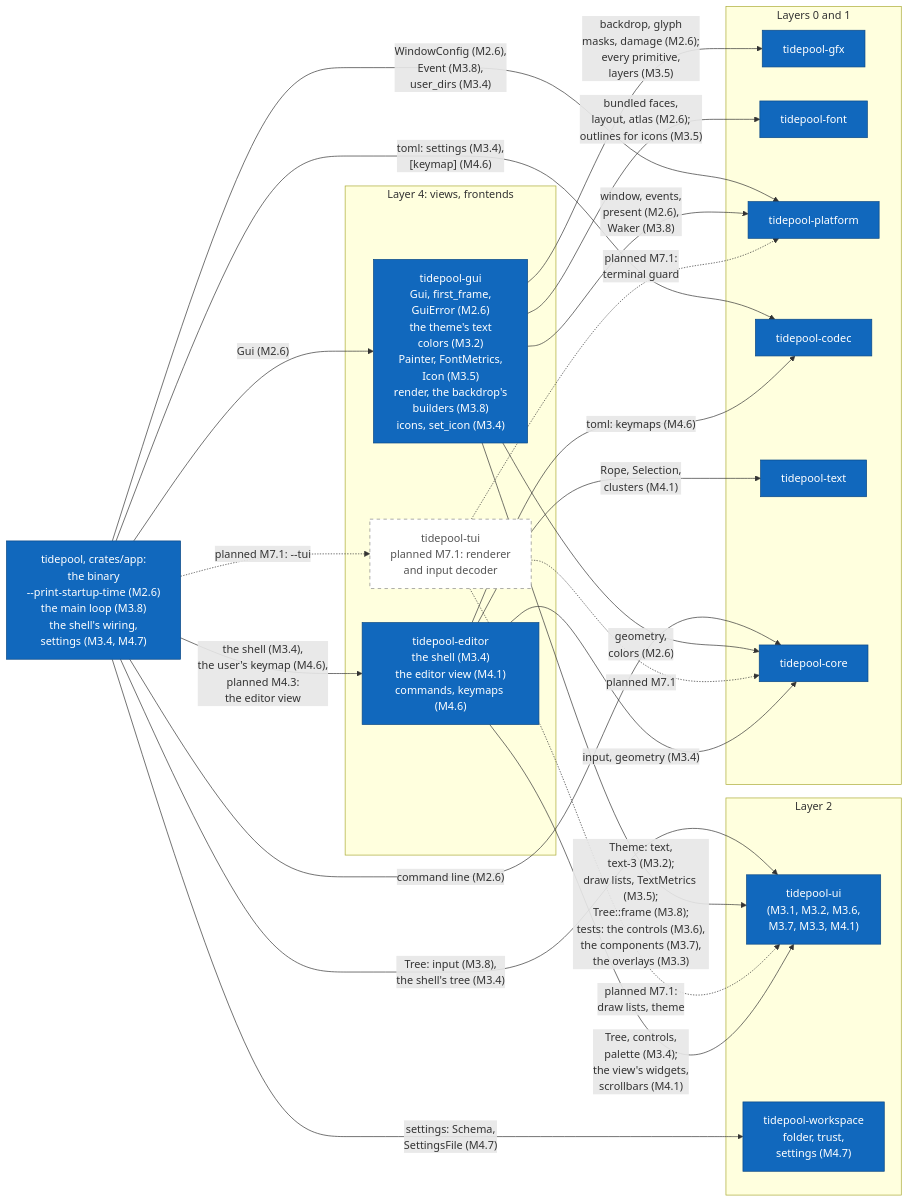
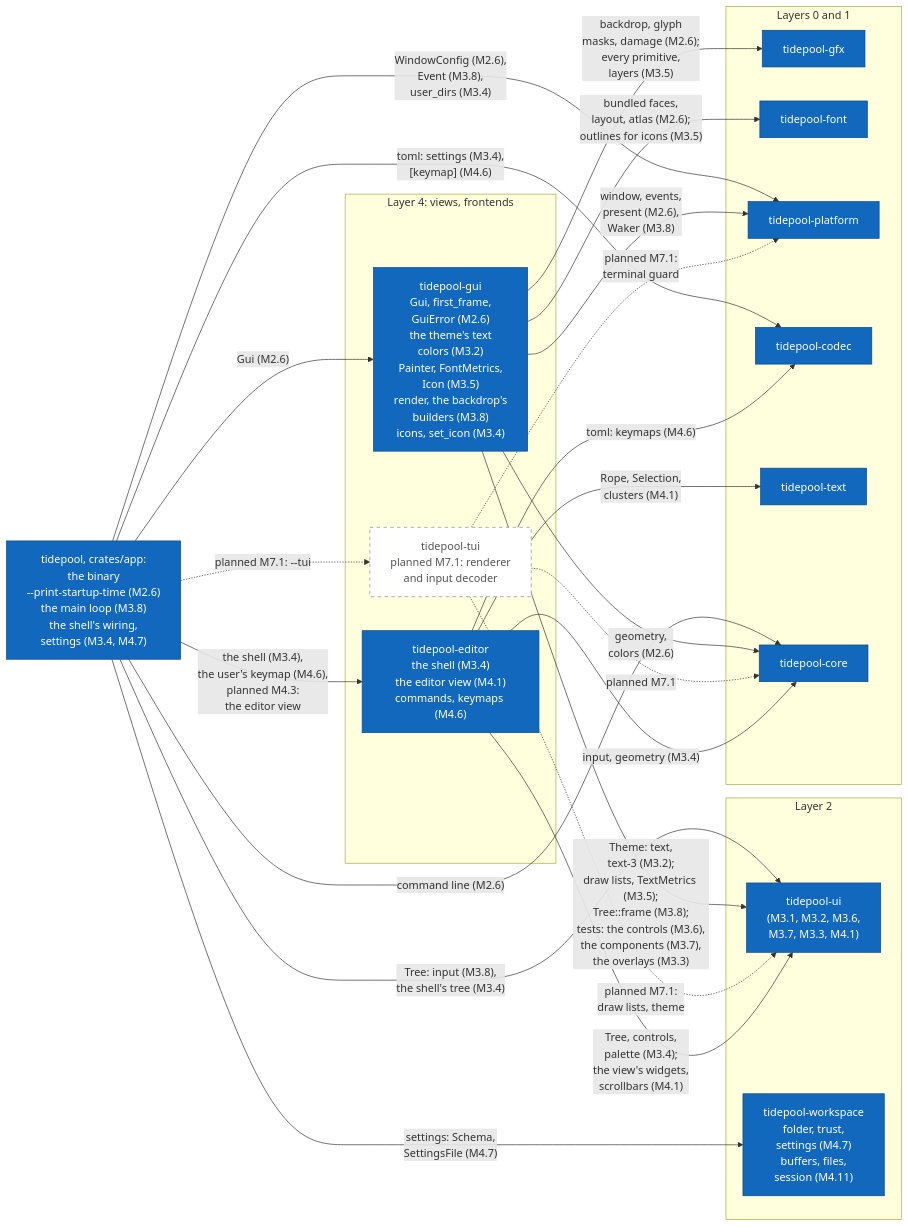
The tenth of 17 diagrams in diagrams/c4-architecture.md (jabbott-iii/Tidepool), drawn with Mermaid before and after one commit. The commit also changed other lines of this file and 50 other files, not shown here.

First line of the commit message:
feat(workspace,text): buffers, file tree and sessions (M4.11, ADR-0069)

````diff
--- a/diagrams/c4-architecture.md
+++ b/diagrams/c4-architecture.md
@@ -563,47 +575,47 @@
 ```mermaid
 flowchart LR
     k_app["tidepool, crates/app:<br/>the binary<br/>--print-startup-time (M2.6)<br/>the main loop (M3.8)<br/>the shell's wiring,<br/>settings (M3.4, M4.7)"]
     subgraph L4["Layer 4: views, frontends"]
         k_editor["tidepool-editor<br/>the shell (M3.4)<br/>the editor view (M4.1)<br/>commands, keymaps (M4.6)"]
         k_gui["tidepool-gui<br/>Gui, first_frame,<br/>GuiError (M2.6)<br/>the theme's text<br/>colors (M3.2)<br/>Painter, FontMetrics,<br/>Icon (M3.5)<br/>render, the backdrop's<br/>builders (M3.8)<br/>icons, set_icon (M3.4)"]
         k_tui["tidepool-tui<br/>planned M7.1: renderer<br/>and input decoder"]
     end
     subgraph L2["Layer 2"]
         k_ui["tidepool-ui<br/>(M3.1, M3.2, M3.6,<br/>M3.7, M3.3, M4.1)"]
-        k_workspace["tidepool-workspace<br/>folder, trust,<br/>settings (M4.7)"]
+        k_workspace["tidepool-workspace<br/>folder, trust,<br/>settings (M4.7)<br/>buffers, files,<br/>session (M4.11)"]
     end
     subgraph L01["Layers 0 and 1"]
         k_gfx["tidepool-gfx"]
         k_font["tidepool-font"]
         k_platform["tidepool-platform"]
         k_codec["tidepool-codec"]
         k_text["tidepool-text"]
         k_core["tidepool-core"]
     end
 
     k_app -->|"Gui (M2.6)"| k_gui
     k_app -.->|"planned M7.1: --tui"| k_tui
     k_app -->|"the shell (M3.4),<br/>the user's keymap (M4.6),<br/>planned M4.3:<br/>the editor view"| k_editor
     k_app -->|"Tree: input (M3.8),<br/>the shell's tree (M3.4)"| k_ui
     k_app -->|"toml: settings (M3.4),<br/>[keymap] (M4.6)"| k_codec
     k_app -->|"settings: Schema,<br/>SettingsFile (M4.7)"| k_workspace
     k_app -->|"WindowConfig (M2.6),<br/>Event (M3.8),<br/>user_dirs (M3.4)"| k_platform
     k_app -->|"command line (M2.6)"| k_core
     k_gui -->|"geometry,<br/>colors (M2.6)"| k_core
     k_gui -->|"window, events,<br/>present (M2.6),<br/>Waker (M3.8)"| k_platform
     k_gui -->|"backdrop, glyph<br/>masks, damage (M2.6);<br/>every primitive,<br/>layers (M3.5)"| k_gfx
     k_gui -->|"bundled faces,<br/>layout, atlas (M2.6);<br/>outlines for icons (M3.5)"| k_font
     k_gui -->|"Theme: text,<br/>text-3 (M3.2);<br/>draw lists, TextMetrics (M3.5);<br/>Tree::frame (M3.8);<br/>tests: the controls (M3.6),<br/>the components (M3.7),<br/>the overlays (M3.3)"| k_ui
     k_tui -.->|"planned M7.1"| k_core
     k_tui -.->|"planned M7.1:<br/>terminal guard"| k_platform
     k_tui -.->|"planned M7.1:<br/>draw lists, theme"| k_ui
     k_editor -->|"Tree, controls,<br/>palette (M3.4);<br/>the view's widgets,<br/>scrollbars (M4.1)"| k_ui
     k_editor -->|"input, geometry (M3.4)"| k_core
     k_editor -->|"Rope, Selection,<br/>clusters (M4.1)"| k_text
     k_editor -->|"toml: keymaps (M4.6)"| k_codec
 
     classDef built fill:#1168bd,stroke:#0b4884,color:#ffffff
     classDef planned fill:#ffffff,stroke:#888888,stroke-dasharray: 5 5,color:#555555
     class k_app,k_editor,k_gui,k_platform,k_codec,k_text,k_gfx,k_font,k_core,k_ui,k_workspace built
     class k_tui planned
 ```
````
